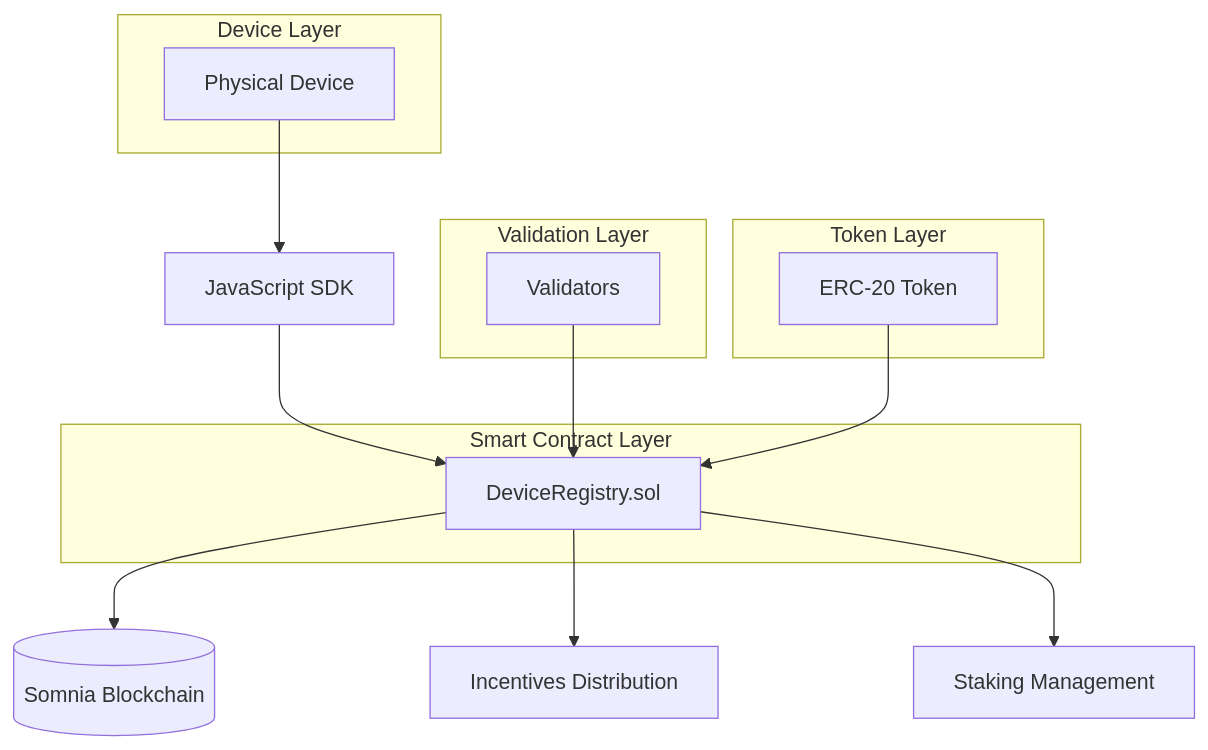
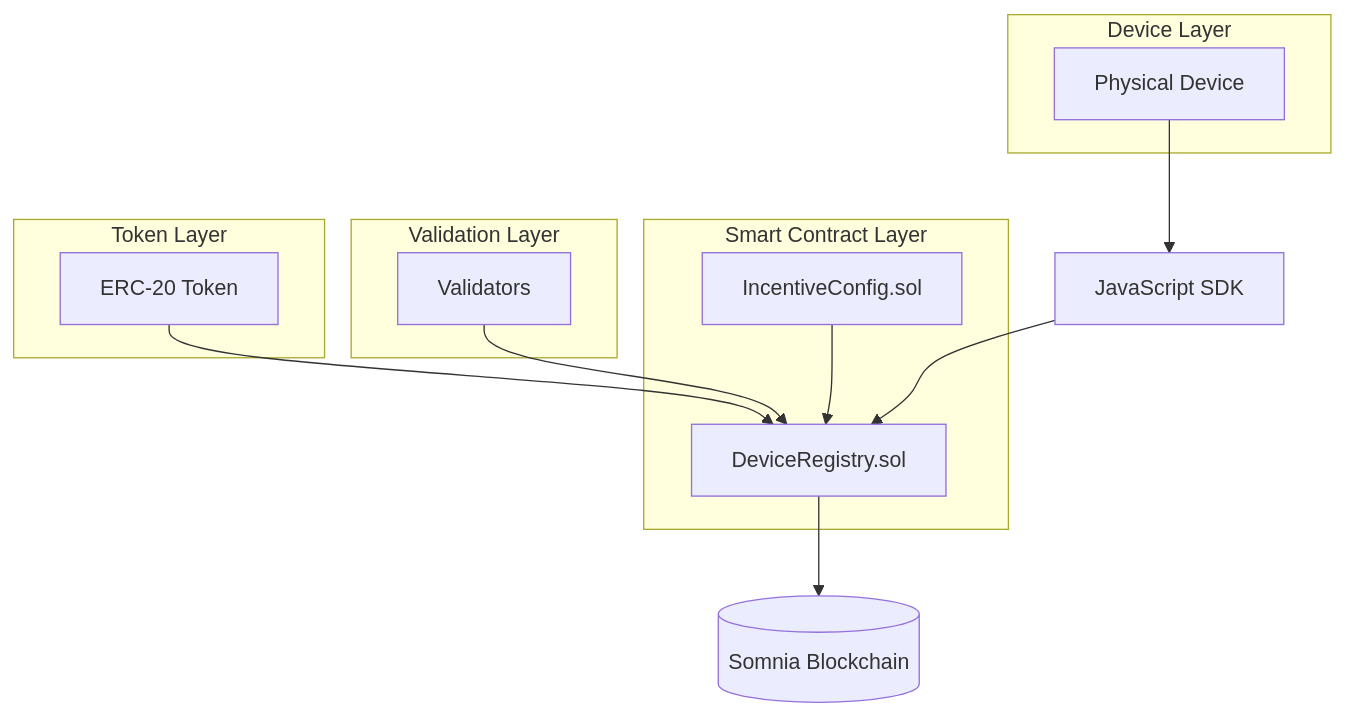
Before and after one commit to Techgethr/somniapulse: the diagram in README.md, drawn with Mermaid. The commit also changed other lines of this file, not shown here.

````diff
--- a/README.md
+++ b/README.md
@@ -44,26 +96,26 @@
 ```mermaid
 graph TD
     A[Physical Device] --> B[JavaScript SDK]
     B --> C[DeviceRegistry.sol]
     C --> D[(Somnia Blockchain)]
     E[Validators] --> C
     F[ERC-20 Token] --> C
-    C --> G[Incentives Distribution]
-    C --> H[Staking Management]
+    G[IncentiveConfig.sol] --> C
     
     subgraph "Smart Contract Layer"
         C
+        G
     end
     
     subgraph "Device Layer"
         A
     end
     
     subgraph "Validation Layer"
         E
     end
     
     subgraph "Token Layer"
         F
     end
 ```
````
